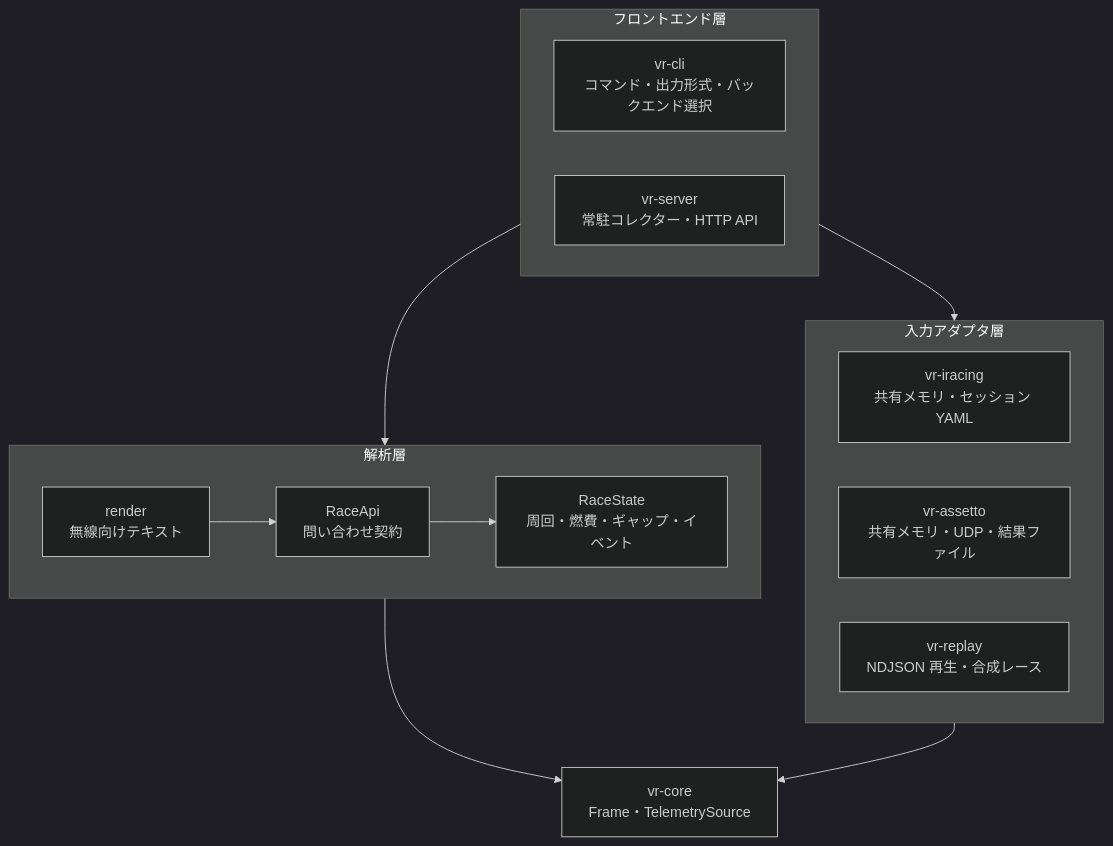
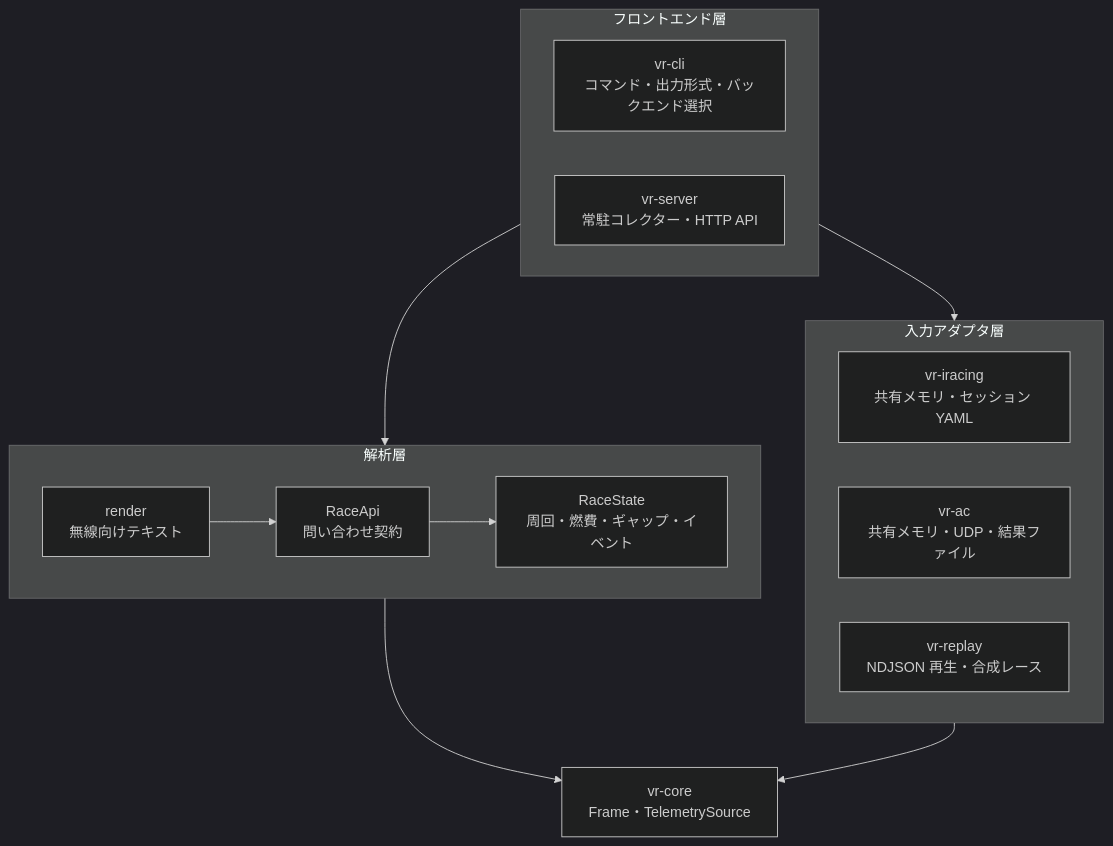
One commit to r4ai/vibe-racing changed the first of 5 diagrams in docs/architecture.md. Above: the diagram before and after it, drawn with Mermaid (dark theme). The commit also changed other lines of this file and 22 other files, not shown here.

````diff
--- a/docs/architecture.md
+++ b/docs/architecture.md
@@ -46,25 +46,25 @@
 ```mermaid
 flowchart TB
     subgraph Frontend["フロントエンド層"]
         CLI["vr-cli<br/>コマンド・出力形式・バックエンド選択"]
         Server["vr-server<br/>常駐コレクター・HTTP API"]
     end
     subgraph Analysis["解析層"]
         Api["RaceApi<br/>問い合わせ契約"]
         State["RaceState<br/>周回・燃費・ギャップ・イベント"]
         Render["render<br/>無線向けテキスト"]
         Api --> State
         Render --> Api
     end
     subgraph Adapter["入力アダプタ層"]
         IR["vr-iracing<br/>共有メモリ・セッション YAML"]
-        AC["vr-assetto<br/>共有メモリ・UDP・結果ファイル"]
+        AC["vr-ac<br/>共有メモリ・UDP・結果ファイル"]
         Replay["vr-replay<br/>NDJSON 再生・合成レース"]
     end
     Core["vr-core<br/>Frame・TelemetrySource"]
 
     Frontend --> Analysis
     Frontend --> Adapter
     Analysis --> Core
     Adapter --> Core
 ```
````
